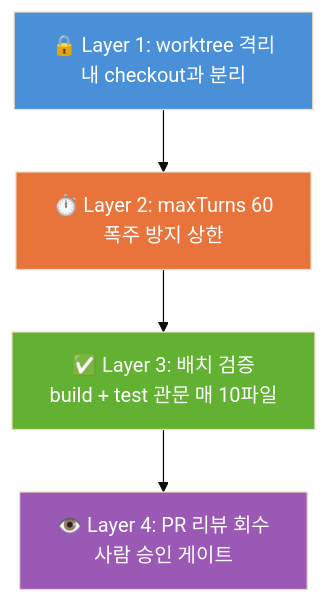
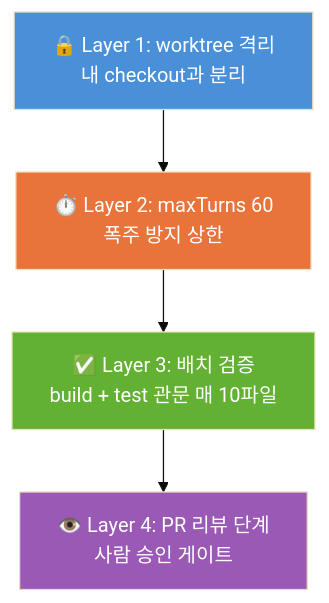
The second of 2 diagrams in docs/claude-code/subagents.md (ddiiwoong/newblog), drawn with Mermaid (base theme) before and after one commit. The commit also changed other lines of this file and 6 other files, not shown here.

````diff
--- a/docs/claude-code/subagents.md
+++ b/docs/claude-code/subagents.md
@@ -787,11 +787,11 @@
 ```mermaid
 graph TD
     L1["🔒 Layer 1: worktree 격리\n내 checkout과 분리"] --> L2["⏱️ Layer 2: maxTurns 60\n폭주 방지 상한"]
     L2 --> L3["✅ Layer 3: 배치 검증\nbuild + test 관문 매 10파일"]
-    L3 --> L4["👁️ Layer 4: PR 리뷰 회수\n사람 승인 게이트"]
+    L3 --> L4["👁️ Layer 4: PR 리뷰 단계\n사람 승인 게이트"]
 
     style L1 fill:#4A90D9,color:#fff
     style L2 fill:#E8743B,color:#fff
     style L3 fill:#63B132,color:#fff
     style L4 fill:#9B59B6,color:#fff
 ```
````
